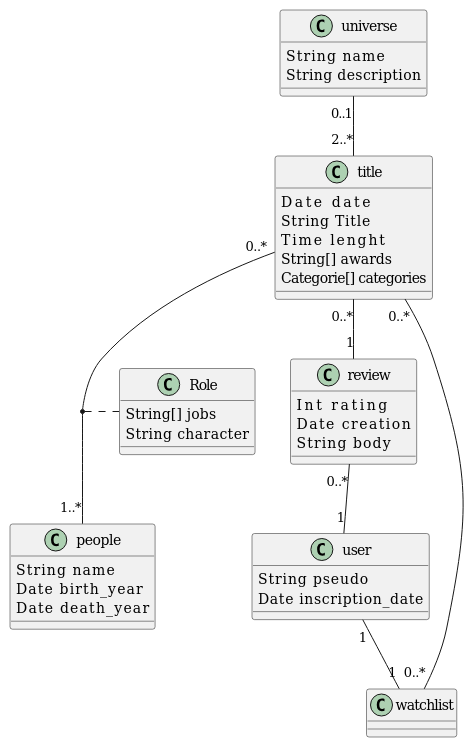
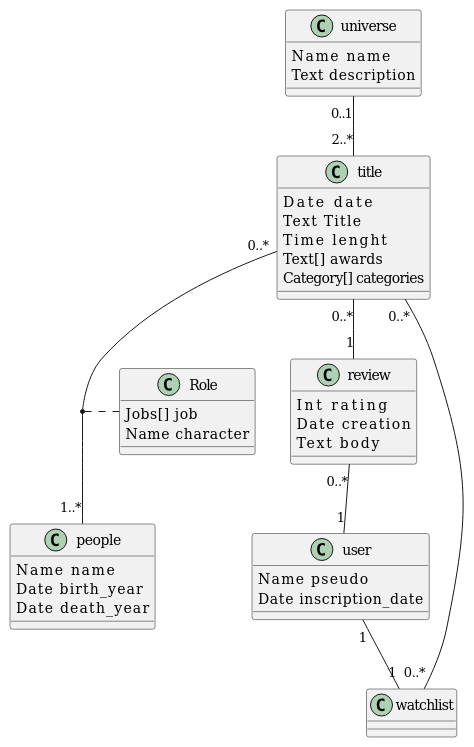
Before and after one commit to bilboque/MOOVIE_RECOMMENDER: the diagram in checkpoint1/class.puml, drawn with PlantUML.

Commit message:
changed class attribute types to abstrac away from technical specifics

```diff
--- a/checkpoint1/class.puml
+++ b/checkpoint1/class.puml
@@ -1,49 +1,49 @@
 @startuml
 class universe{
-    String      name
-    String      description
+    Name      name
+    Text      description
 }
 
 class title{
     Date        date
-    String      Title
+    Text      Title
     Time        lenght
-    String[]    awards
-    Categorie[] categories
+    Text[]    awards
+    Category[] categories
 }
 
 class people{
-    String      name
+    Name      name
     Date        birth_year
     Date        death_year
 }
 
 class watchlist{
 }
 
 class user{
-    String      pseudo
+    Name      pseudo
     Date        inscription_date
 }
 
 class review{
     Int         rating
     Date        creation
-    String      body
+    Text      body
 }
 
 universe "0..1" -- "2..*" title
 title "0..*" -- "1..*" people
 title "0..*" -- "1" review
 review "0..*" -- "1" user
 user "1" -- "1" watchlist
 watchlist "0..*" -- "0..*" title
 
 (title, people) .. Role
 
 class Role{
-    String[]    jobs
-    String      character
+    Jobs[]    job
+    Name      character
 }
 
 @enduml
```
